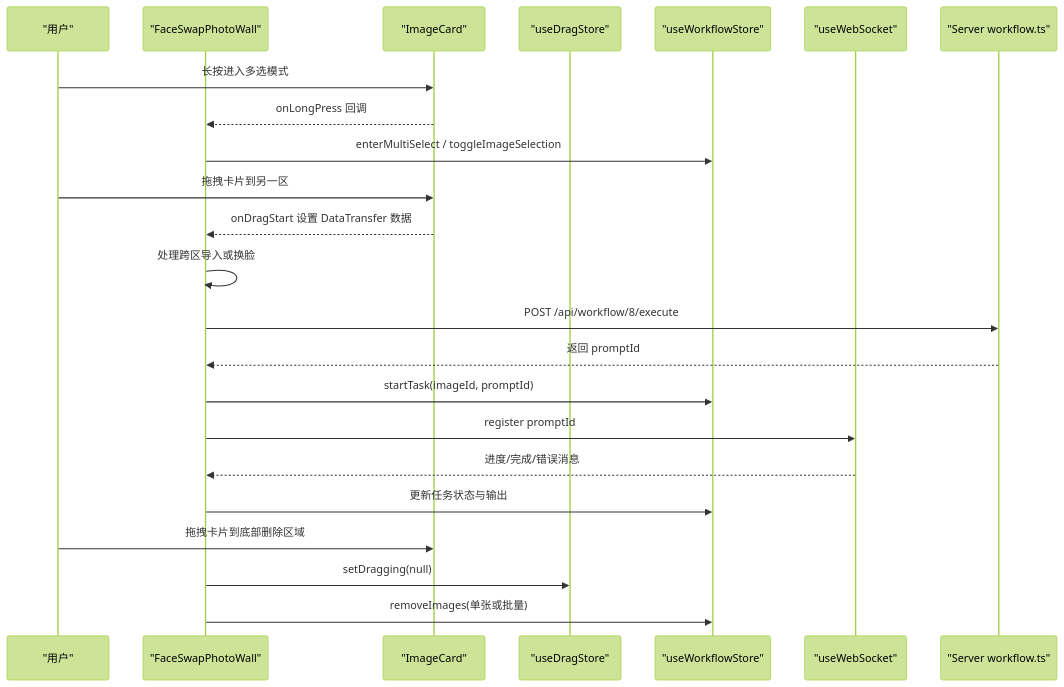
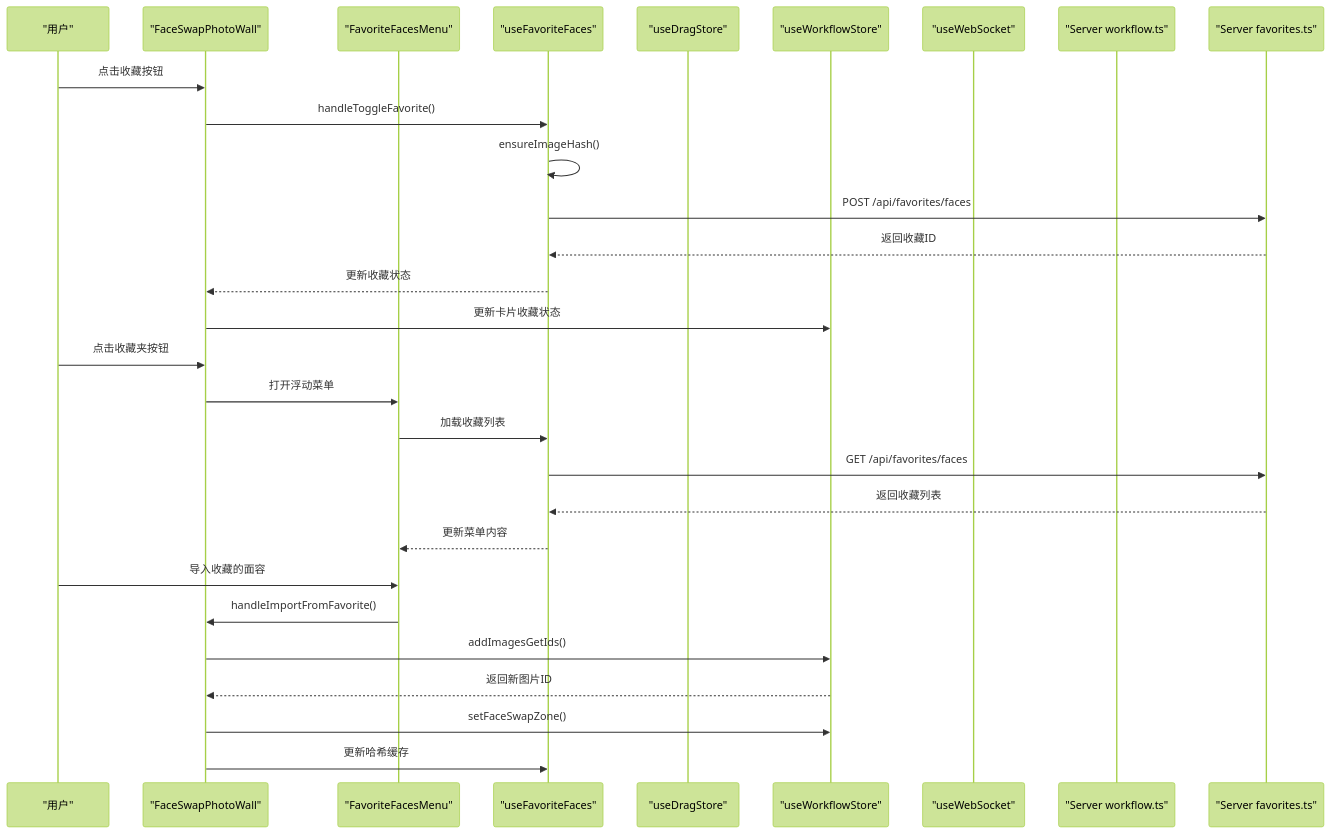
Before and after one commit to billye220670/CorineKit_Pix2Real: the second of 6 diagrams in .qoder/repowiki/zh/content/用户界面组件/专业功能组件/面部交换组件.md, drawn with Mermaid (forest theme). The commit also changed other lines of this file and 73 other files, not shown here.

````diff
--- a/.qoder/repowiki/zh/content/用户界面组件/专业功能组件/面部交换组件.md
+++ b/.qoder/repowiki/zh/content/用户界面组件/专业功能组件/面部交换组件.md
@@ -119,25 +138,31 @@
 ```mermaid
 sequenceDiagram
 participant 用户 as "用户"
 participant FSPW as "FaceSwapPhotoWall"
-participant IC as "ImageCard"
+participant FFM as "FavoriteFacesMenu"
+participant UFF as "useFavoriteFaces"
 participant UDS as "useDragStore"
 participant UWS as "useWorkflowStore"
 participant UWB as "useWebSocket"
 participant S as "Server workflow.ts"
-用户->>IC : 长按进入多选模式
-IC-->>FSPW : onLongPress 回调
-FSPW->>UWS : enterMultiSelect / toggleImageSelection
-用户->>IC : 拖拽卡片到另一区
-IC-->>FSPW : onDragStart 设置 DataTransfer 数据
-FSPW->>FSPW : 处理跨区导入或换脸
-FSPW->>S : POST /api/workflow/8/execute
-S-->>FSPW : 返回 promptId
-FSPW->>UWS : startTask(imageId, promptId)
-FSPW->>UWB : register promptId
-UWB-->>FSPW : 进度/完成/错误消息
-FSPW->>UWS : 更新任务状态与输出
-用户->>IC : 拖拽卡片到底部删除区域
-FSPW->>UDS : setDragging(null)
-FSPW->>UWS : removeImages(单张或批量)
+participant FS as "Server favorites.ts"
+用户->>FSPW : 点击收藏按钮
+FSPW->>UFF : handleToggleFavorite()
+UFF->>UFF : ensureImageHash()
+UFF->>FS : POST /api/favorites/faces
+FS-->>UFF : 返回收藏ID
+UFF-->>FSPW : 更新收藏状态
+FSPW->>UWS : 更新卡片收藏状态
+用户->>FSPW : 点击收藏夹按钮
+FSPW->>FFM : 打开浮动菜单
+FFM->>UFF : 加载收藏列表
+UFF->>FS : GET /api/favorites/faces
+FS-->>UFF : 返回收藏列表
+UFF-->>FFM : 更新菜单内容
+用户->>FFM : 导入收藏的面容
+FFM->>FSPW : handleImportFromFavorite()
+FSPW->>UWS : addImagesGetIds()
+UWS-->>FSPW : 返回新图片ID
+FSPW->>UWS : setFaceSwapZone()
+FSPW->>UFF : 更新哈希缓存
 ```
````
